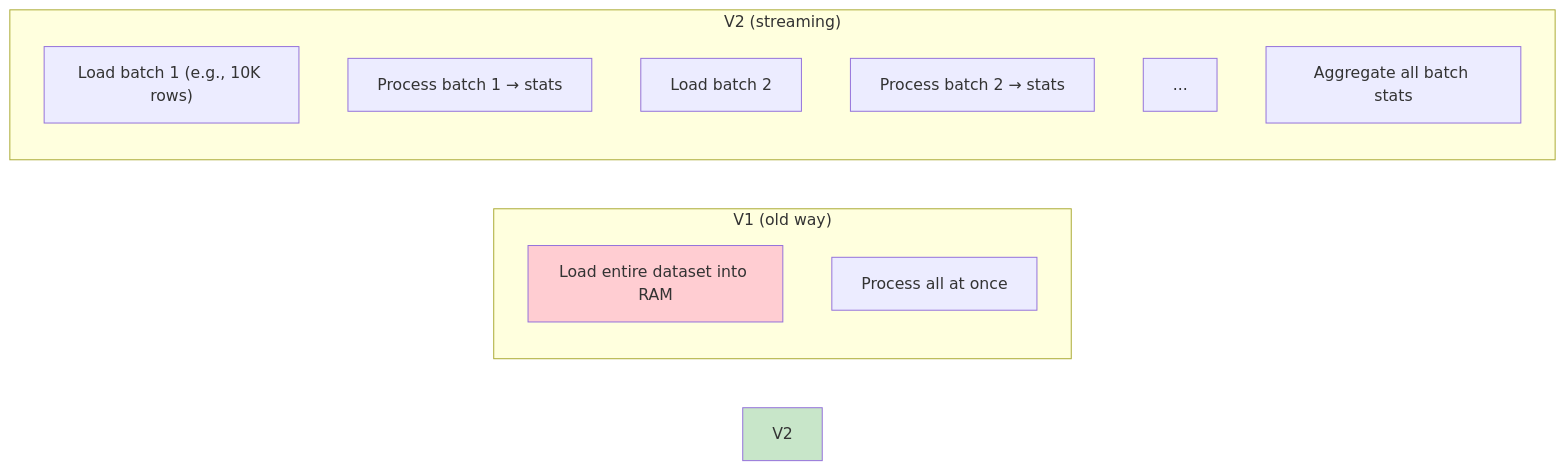
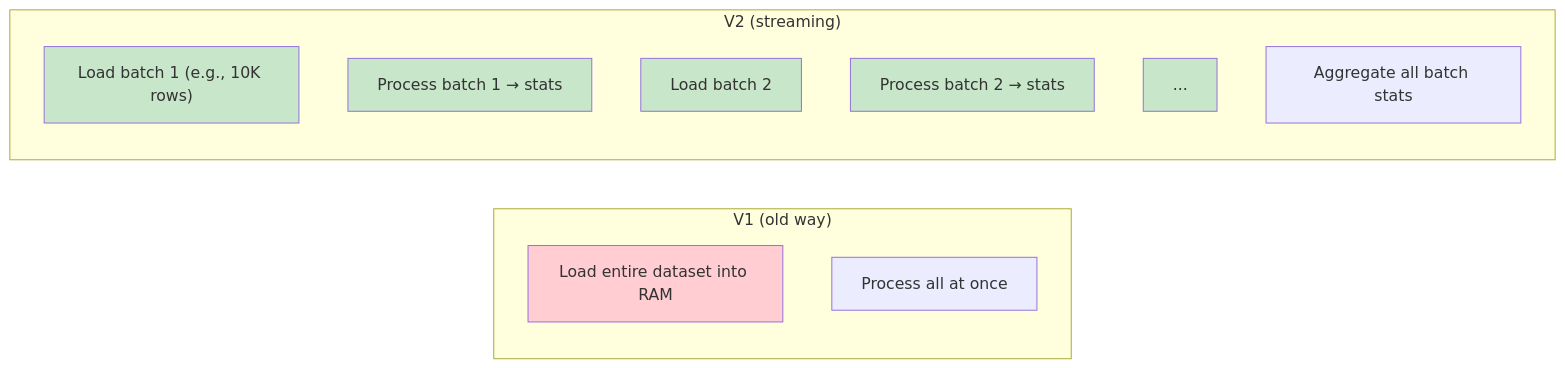
The second of 2 diagrams in docs/dqm-ml-v2.md (Safenai/dqm-ml-workspace), drawn with Mermaid before and after one commit. The commit also changed other lines of this file and 188 other files, not shown here.

````diff
--- a/docs/dqm-ml-v2.md
+++ b/docs/dqm-ml-v2.md
@@ -54,21 +57,25 @@
 ```mermaid
 flowchart LR
     subgraph "V1 (old way)"
         direction TB
         V1["Load entire dataset into RAM"]
         V1c["Process all at once"]
     end
     
     subgraph "V2 (streaming)"
         direction TB
         V2a["Load batch 1 (e.g., 10K rows)"]
         V2p1["Process batch 1 &rarr; stats"]
         V2b["Load batch 2"]
         V2p2["Process batch 2 &rarr; stats"]
         V2c["..."]
         V2agg["Aggregate all batch stats"]
     end
     
     style V1 fill:#ffcdd2
-    style V2 fill:#c8e6c9
+    style V2a fill:#c8e6c9
+    style V2p1 fill:#c8e6c9
+    style V2b fill:#c8e6c9
+    style V2p2 fill:#c8e6c9
+    style V2c fill:#c8e6c9
 ```
````
